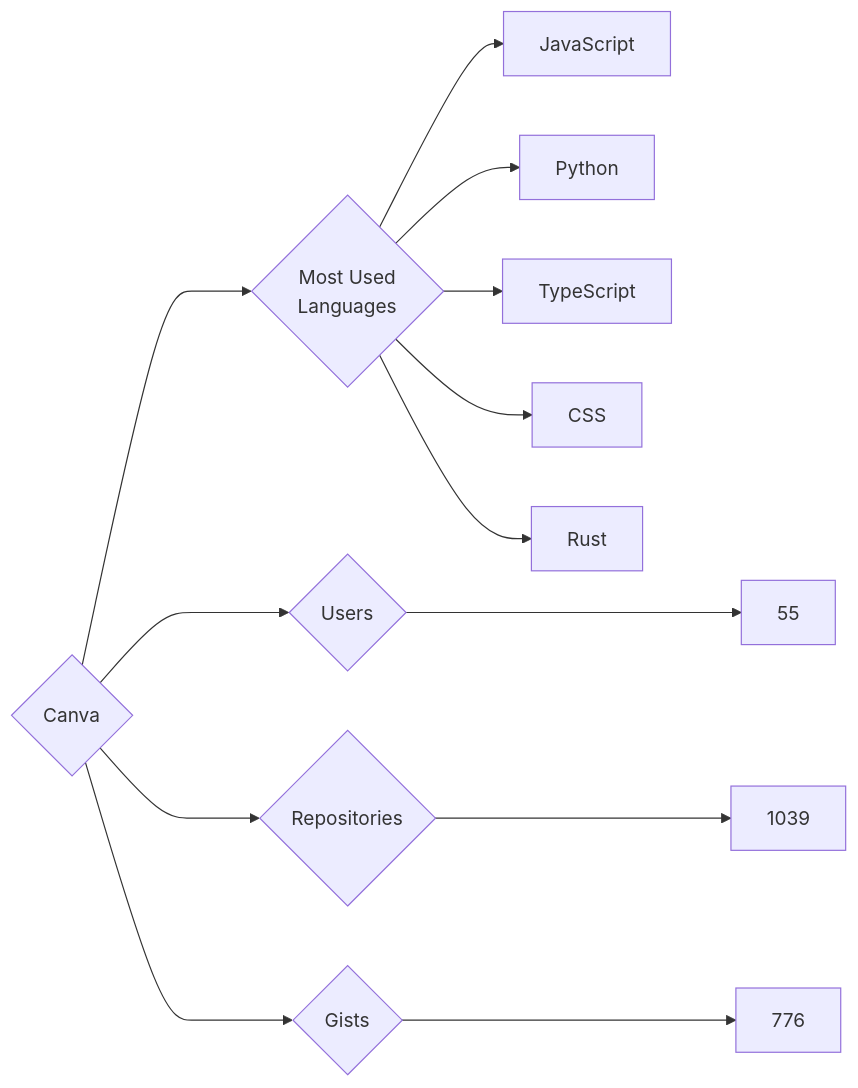
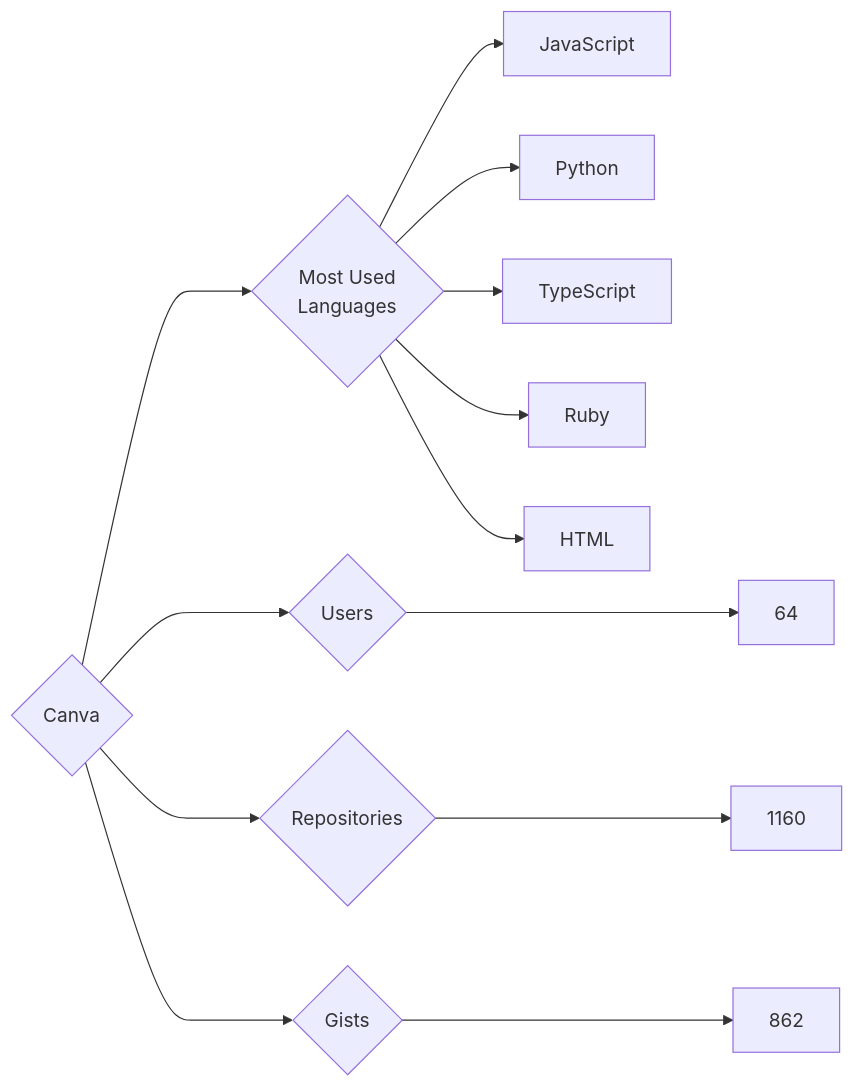
Before and after one commit to trickest/insiders: the diagram in targets/Canva/README.md, drawn with Mermaid. The commit also changed 1084 other files, not shown here.

````diff
--- a/targets/Canva/README.md
+++ b/targets/Canva/README.md
@@ -3,13 +3,13 @@
 ```mermaid
 graph LR
 COMPANY_NAME{Canva}
-COMPANY_NAME ---> U{Users} ---> UN[55]
-COMPANY_NAME ---> R{Repositories} ---> RN[1039]
-COMPANY_NAME ---> G{Gists} ---> GN[776]
+COMPANY_NAME ---> U{Users} ---> UN[64]
+COMPANY_NAME ---> R{Repositories} ---> RN[1160]
+COMPANY_NAME ---> G{Gists} ---> GN[862]
 COMPANY_NAME ---> ML{Most Used<br>Languages}
 ML --> JavaScript[JavaScript]
 ML --> Python[Python]
 ML --> TypeScript[TypeScript]
-ML --> CSS[CSS]
-ML --> Rust[Rust]
+ML --> Ruby[Ruby]
+ML --> HTML[HTML]
 ```
````
